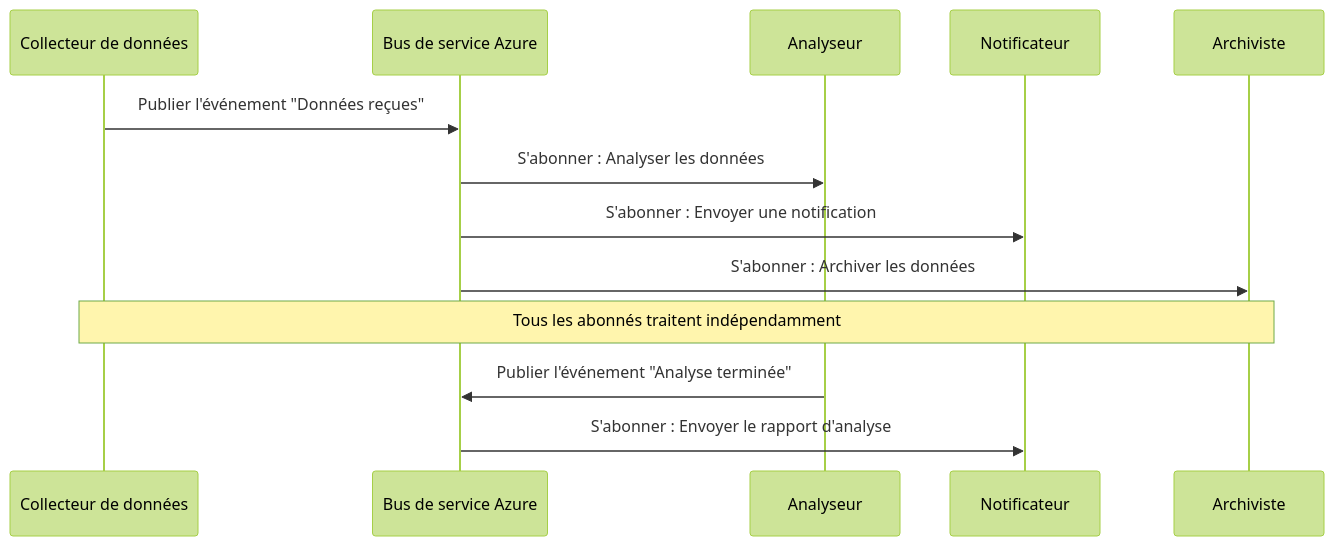
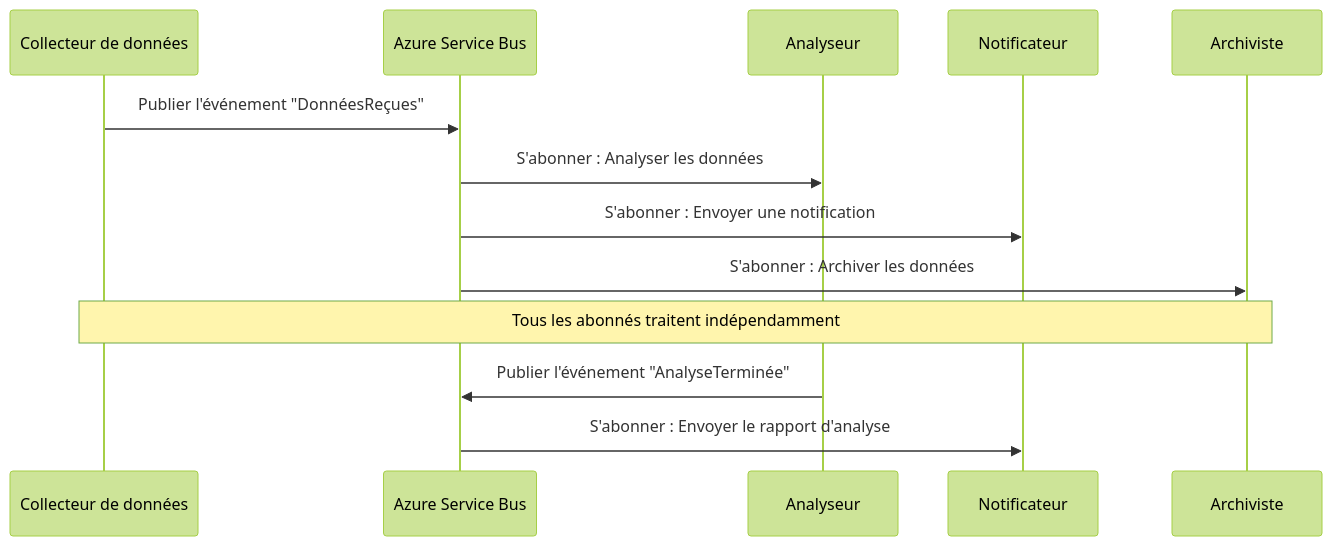
Before and after one commit to microsoft/AZD-for-beginners: the fourth of 6 diagrams in translations/fr/docs/chapter-06-pre-deployment/coordination-patterns.md, drawn with Mermaid (forest theme). The commit also changed other lines of this file and 101 other files, not shown here.

````diff
--- a/translations/fr/docs/chapter-06-pre-deployment/coordination-patterns.md
+++ b/translations/fr/docs/chapter-06-pre-deployment/coordination-patterns.md
@@ -191,18 +187,18 @@
 ```mermaid
 sequenceDiagram
     participant Agent1 as Collecteur de données
-    participant EventBus as Bus de service Azure
+    participant EventBus as Azure Service Bus
     participant Agent2 as Analyseur
     participant Agent3 as Notificateur
     participant Agent4 as Archiviste
     
-    Agent1->>EventBus: Publier l'événement "Données reçues"
+    Agent1->>EventBus: Publier l'événement "DonnéesReçues"
     EventBus->>Agent2: S'abonner : Analyser les données
     EventBus->>Agent3: S'abonner : Envoyer une notification
     EventBus->>Agent4: S'abonner : Archiver les données
     
     Note over Agent1,Agent4: Tous les abonnés traitent indépendamment
     
-    Agent2->>EventBus: Publier l'événement "Analyse terminée"
+    Agent2->>EventBus: Publier l'événement "AnalyseTerminée"
     EventBus->>Agent3: S'abonner : Envoyer le rapport d'analyse
 ```
````
